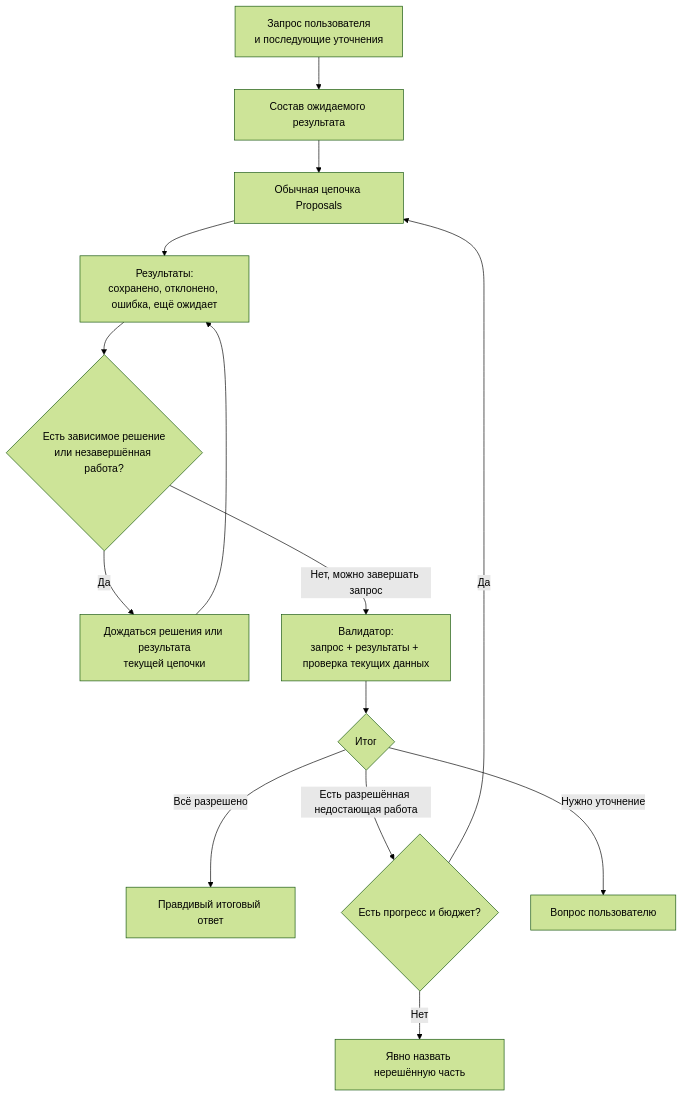
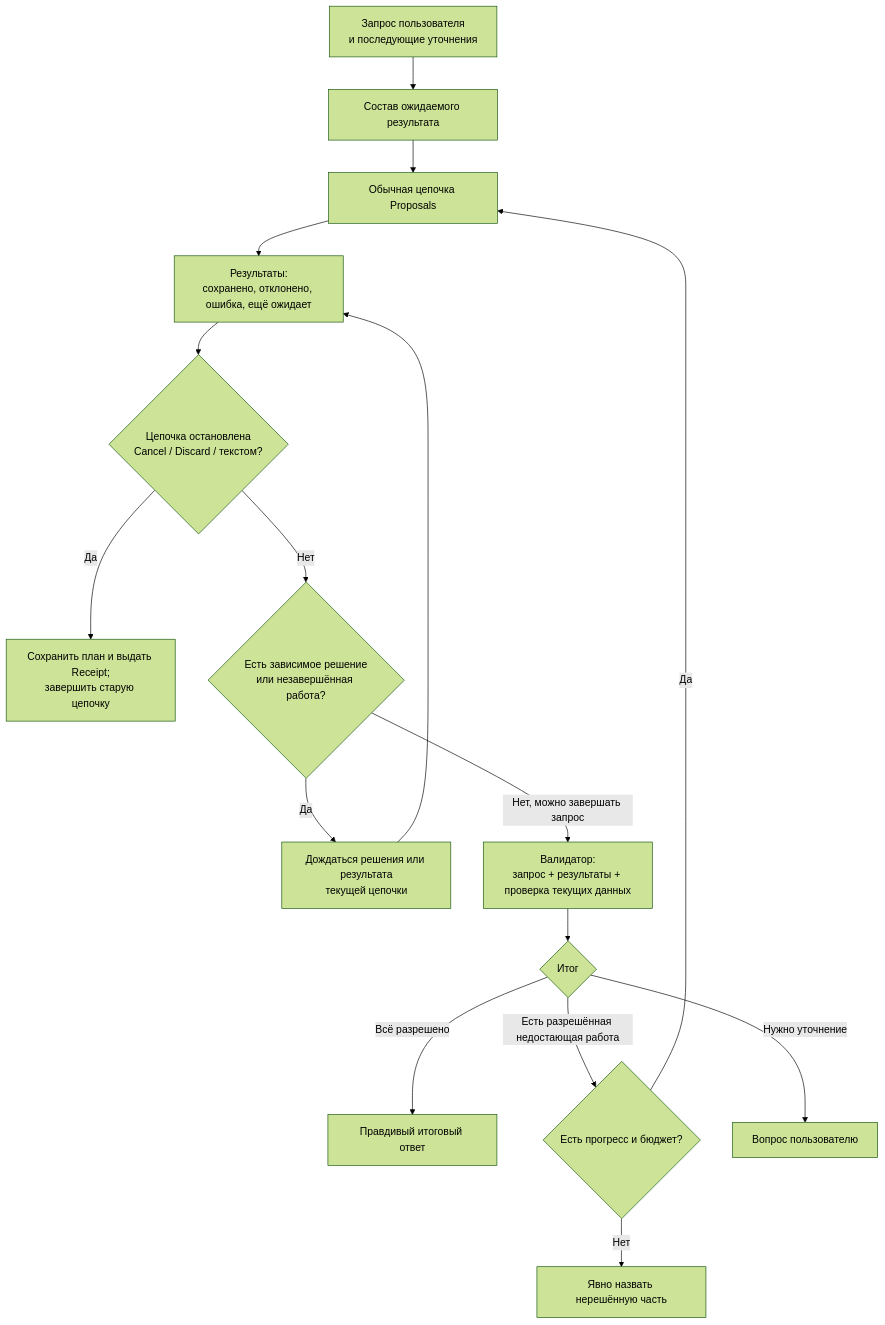
Before and after one commit to myvaheed/tg-ai-safwa: the diagram in docs/PROPOSAL_VALIDATION.md, drawn with Mermaid (forest theme). The commit also changed other lines of this file and 4 other files, not shown here.

````diff
--- a/docs/PROPOSAL_VALIDATION.md
+++ b/docs/PROPOSAL_VALIDATION.md
@@ -19,16 +22,18 @@
 ```mermaid
 flowchart TD
     A["Запрос пользователя<br/>и последующие уточнения"] --> B["Состав ожидаемого результата"]
     B --> C["Обычная цепочка Proposals"]
     C --> D["Результаты:<br/>сохранено, отклонено, ошибка, ещё ожидает"]
-    D --> E{"Есть зависимое решение<br/>или незавершённая работа?"}
+    D --> STOP{"Цепочка остановлена<br/>Cancel / Discard / текстом?"}
+    STOP -->|Да| RECEIPT["Сохранить план и выдать Receipt;<br/>завершить старую цепочку"]
+    STOP -->|Нет| E{"Есть зависимое решение<br/>или незавершённая работа?"}
     E -->|Да| W["Дождаться решения или результата<br/>текущей цепочки"]
     W --> D
     E -->|Нет, можно завершать запрос| F["Валидатор:<br/>запрос + результаты + проверка текущих данных"]
     F --> G{"Итог"}
     G -->|Всё разрешено| H["Правдивый итоговый ответ"]
     G -->|Есть разрешённая недостающая работа| I{"Есть прогресс и бюджет?"}
     I -->|Да| C
     I -->|Нет| J["Явно назвать нерешённую часть"]
     G -->|Нужно уточнение| K["Вопрос пользователю"]
 ```
````
